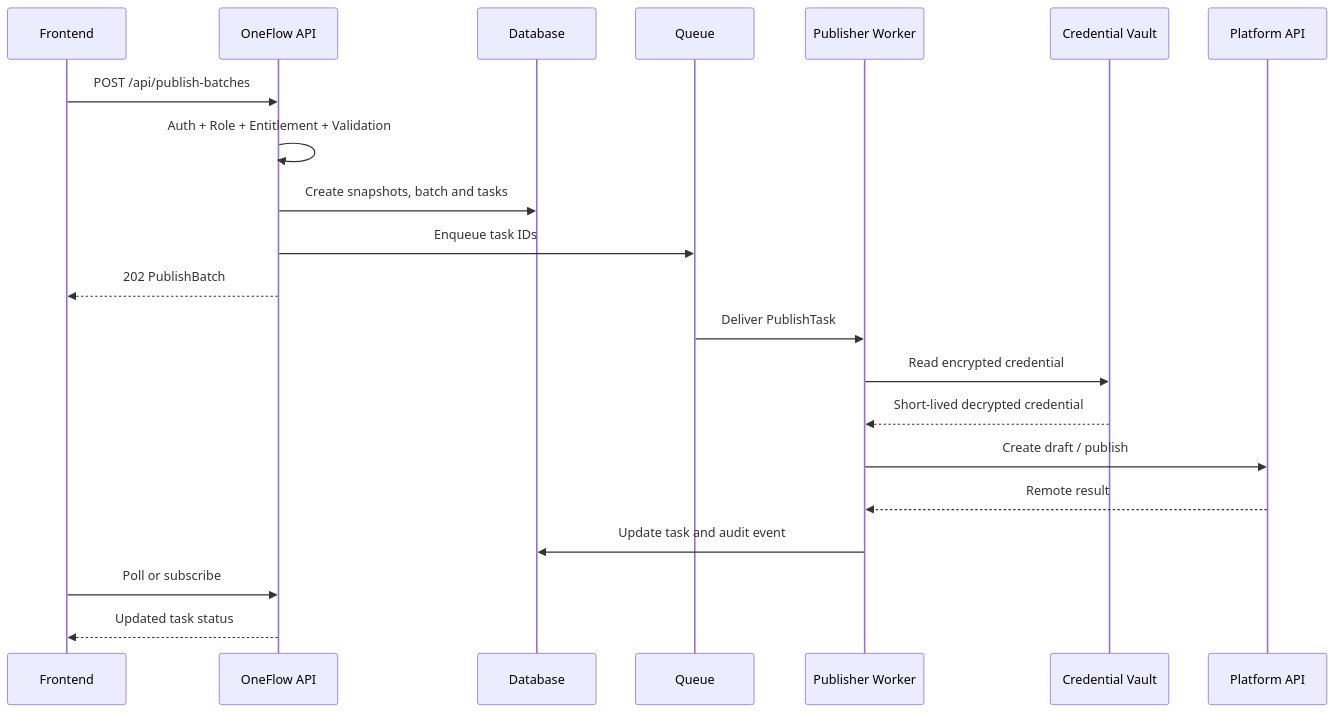
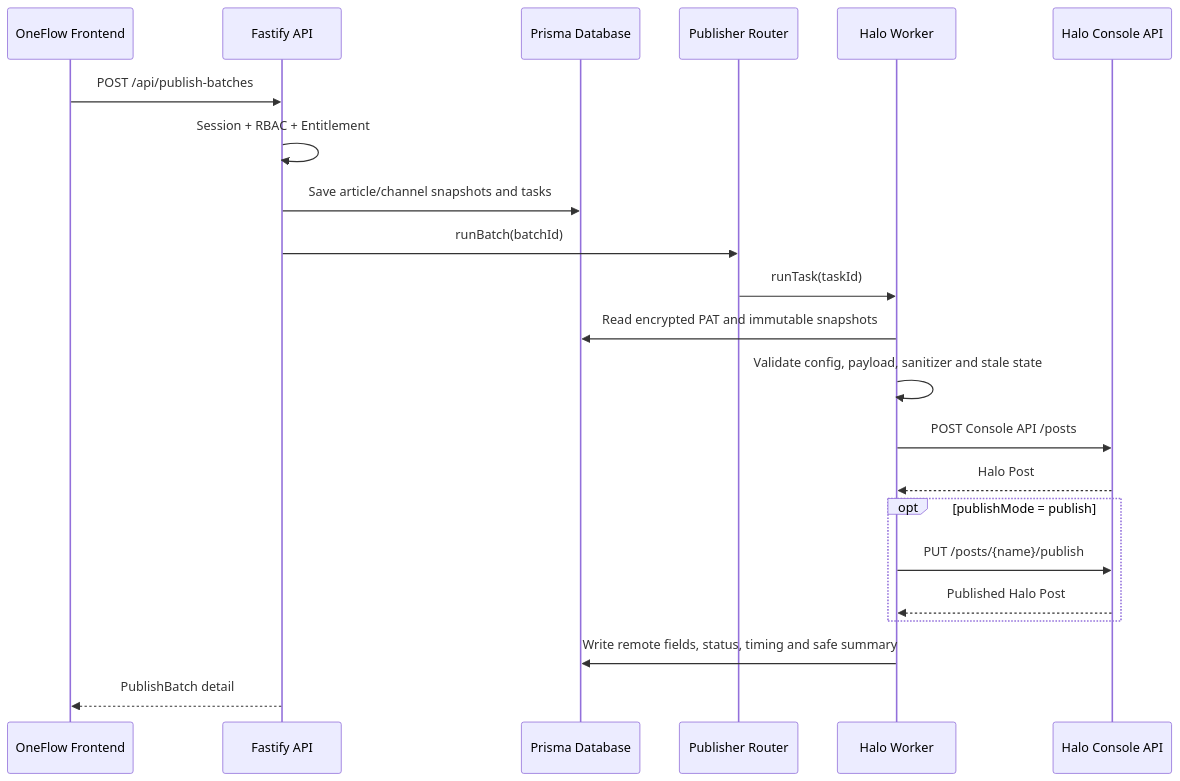
One commit to hengxiaopai/oneflow-publish-hub changed the diagram in docs/server-side-publisher-design.md. Above: the diagram before and after it, drawn with Mermaid. The commit also changed other lines of this file and 46 other files, not shown here.

Commit message:
feat: add server-side Halo publisher

````diff
--- a/docs/server-side-publisher-design.md
+++ b/docs/server-side-publisher-design.md
@@ -30,24 +24,25 @@
 ```mermaid
 sequenceDiagram
-  participant UI as Frontend
-  participant API as OneFlow API
-  participant DB as Database
-  participant Q as Queue
-  participant W as Publisher Worker
-  participant V as Credential Vault
-  participant P as Platform API
+  participant UI as OneFlow Frontend
+  participant API as Fastify API
+  participant DB as Prisma Database
+  participant R as Publisher Router
+  participant W as Halo Worker
+  participant H as Halo Console API
 
   UI->>API: POST /api/publish-batches
-  API->>API: Auth + Role + Entitlement + Validation
-  API->>DB: Create snapshots, batch and tasks
-  API->>Q: Enqueue task IDs
-  API-->>UI: 202 PublishBatch
-  Q->>W: Deliver PublishTask
-  W->>V: Read encrypted credential
-  V-->>W: Short-lived decrypted credential
-  W->>P: Create draft / publish
-  P-->>W: Remote result
-  W->>DB: Update task and audit event
-  UI->>API: Poll or subscribe
-  API-->>UI: Updated task status
+  API->>API: Session + RBAC + Entitlement
+  API->>DB: Save article/channel snapshots and tasks
+  API->>R: runBatch(batchId)
+  R->>W: runTask(taskId)
+  W->>DB: Read encrypted PAT and immutable snapshots
+  W->>W: Validate config, payload, sanitizer and stale state
+  W->>H: POST Console API /posts
+  H-->>W: Halo Post
+  opt publishMode = publish
+    W->>H: PUT /posts/{name}/publish
+    H-->>W: Published Halo Post
+  end
+  W->>DB: Write remote fields, status, timing and safe summary
+  API-->>UI: PublishBatch detail
 ```
````
